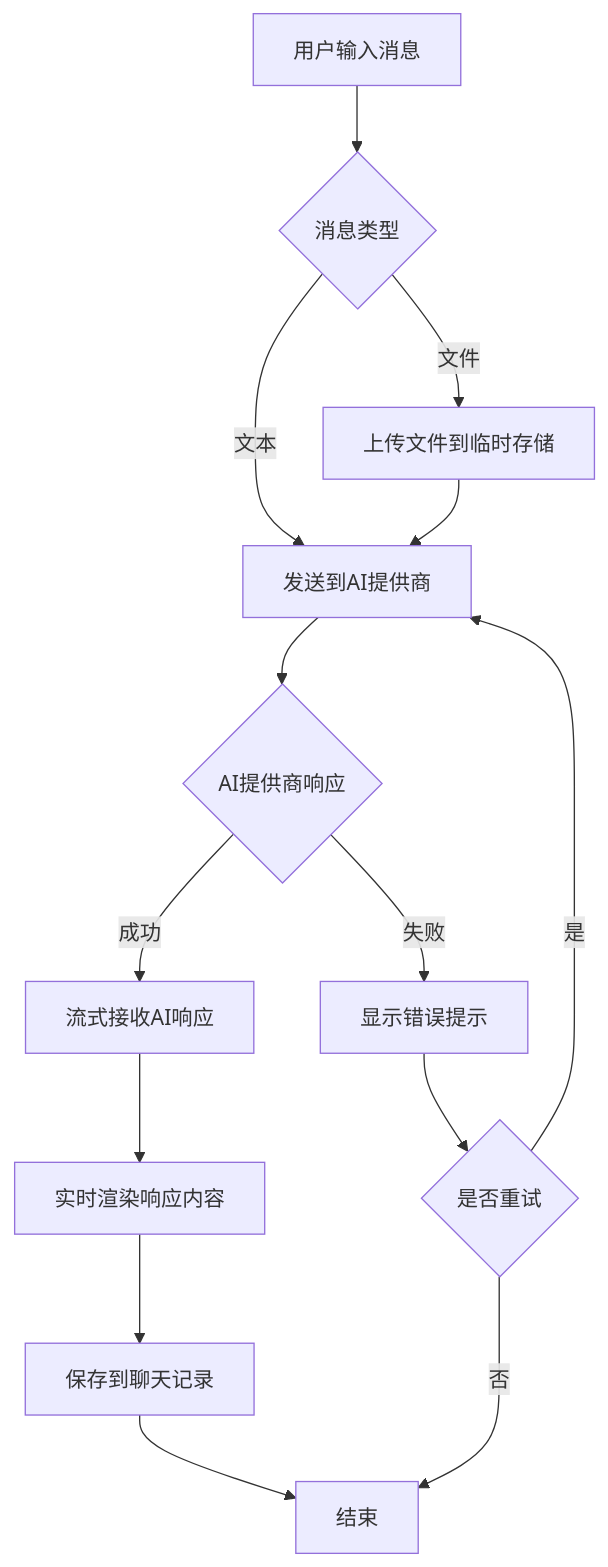
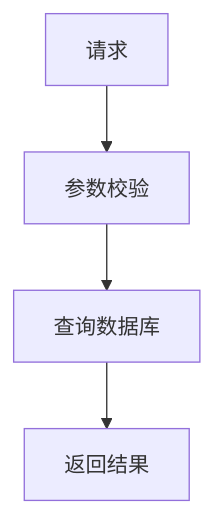
Before and after one commit to snecjk/sclaw: the first of 3 diagrams in 历史文档/业务流程图.md, drawn with Mermaid. The commit also changed other lines of this file and 7 other files, not shown here.

````diff
--- a/历史文档/业务流程图.md
+++ b/历史文档/业务流程图.md
@@ -48,16 +4,6 @@
 ```mermaid
 graph TD
-    A[用户输入消息] --> B{消息类型}
-    B -->|文本| C[发送到AI提供商]
-    B -->|文件| D[上传文件到临时存储]
-    D --> C
-    C --> E{AI提供商响应}
-    E -->|成功| F[流式接收AI响应]
-    E -->|失败| G[显示错误提示]
-    F --> H[实时渲染响应内容]
-    H --> I[保存到聊天记录]
-    G --> J{是否重试}
-    J -->|是| C
-    J -->|否| K[结束]
-    I --> K
+    A[请求] --> B[参数校验]
+    B --> C[查询数据库]
+    C --> D[返回结果]
 ```
````
